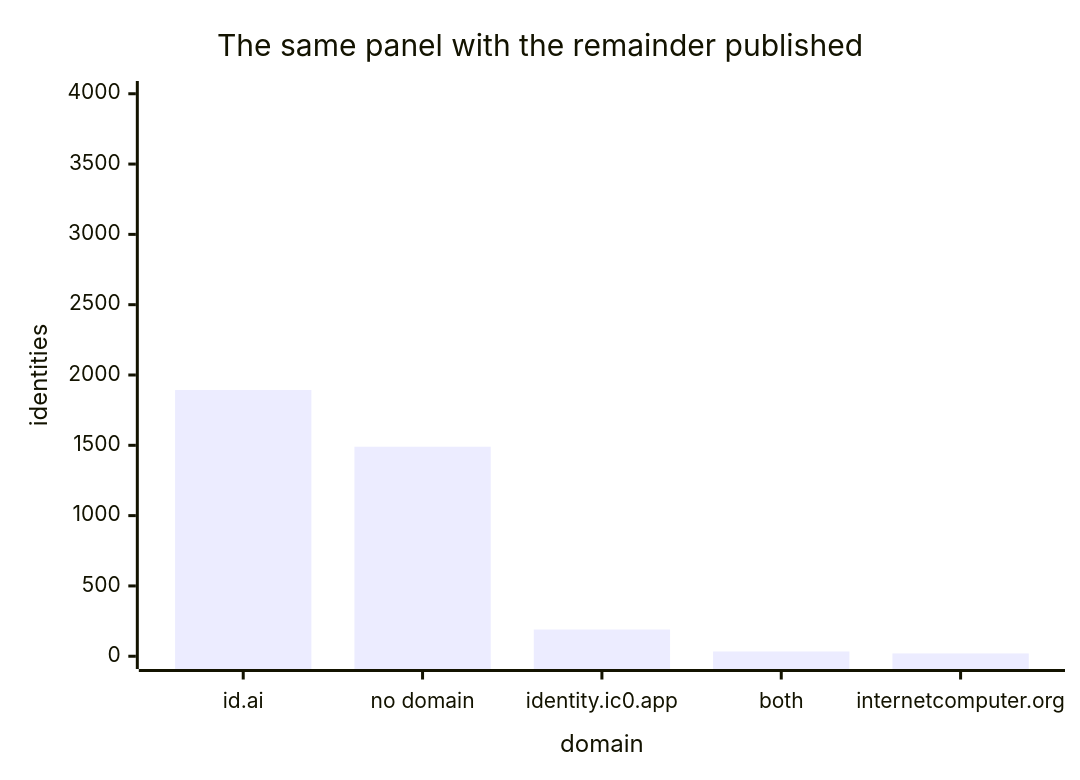
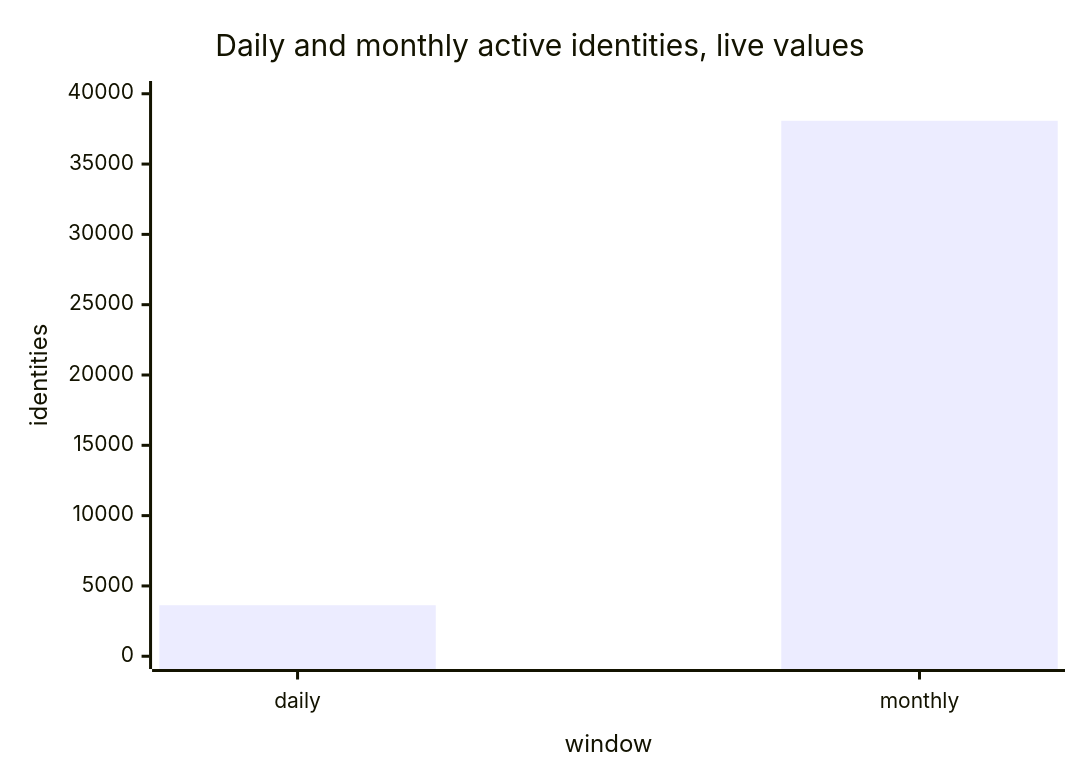
Before and after one commit to dfinity/internet-identity: the tenth of 33 diagrams in docs/ongoing/metrics.md, drawn with Mermaid. The commit also changed other lines of this file and 7 other files, not shown here.

````diff
--- a/docs/ongoing/metrics.md
+++ b/docs/ongoing/metrics.md
@@ -286,7 +323,7 @@
 ```mermaid
 xychart-beta
-  title "The same panel with the remainder published"
-  x-axis "domain" ["id.ai", "no domain", "identity.ic0.app", "both", "internetcomputer.org"]
-  y-axis "identities" 0 --> 4000
-  bar [1893, 1490, 190, 34, 20]
+  title "Daily and monthly active identities, live values"
+  x-axis "window" ["daily", "monthly"]
+  y-axis "identities" 0 --> 40000
+  bar [3627, 38079]
 ```
````
